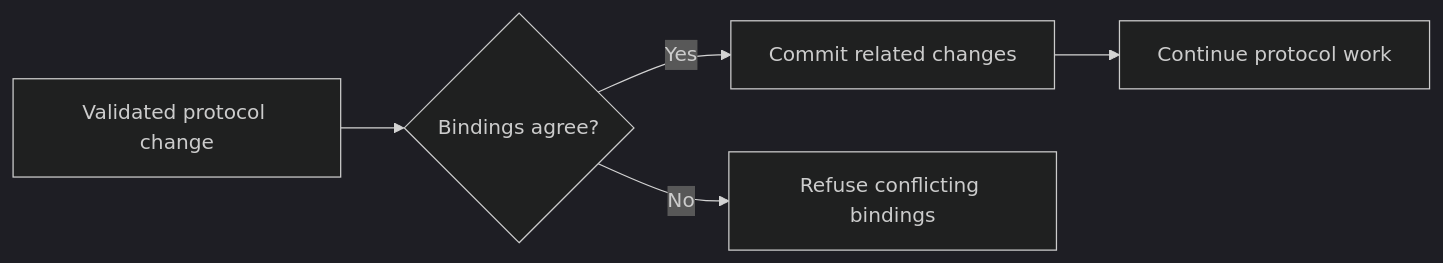
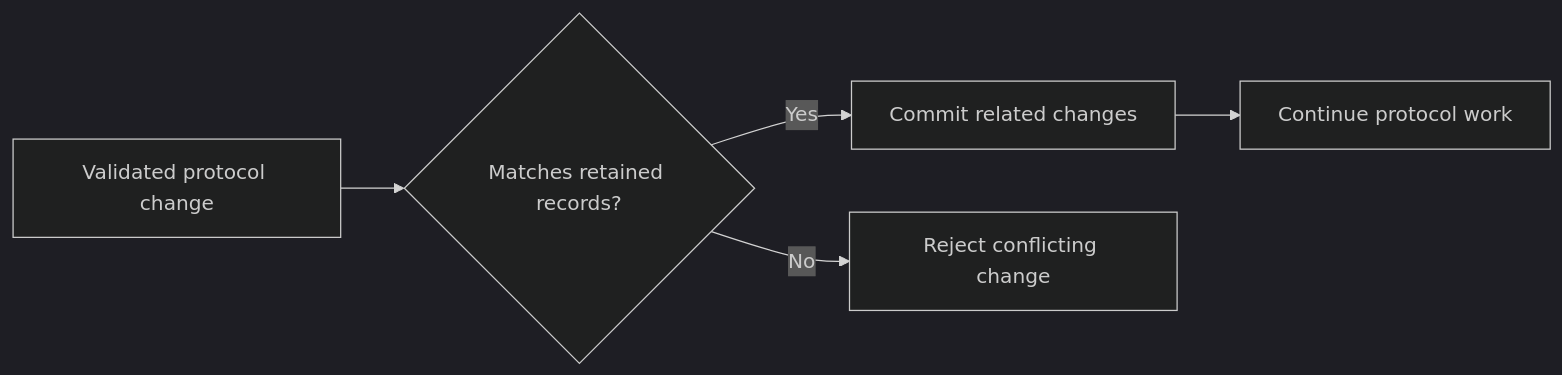
Before and after one commit to social-harness/moltzap: the first of 3 diagrams in packages/social-harness/src/communication/store/README.md, drawn with Mermaid (dark theme). The commit also changed other lines of this file and 5 other files, not shown here.

````diff
--- a/packages/social-harness/src/communication/store/README.md
+++ b/packages/social-harness/src/communication/store/README.md
@@ -17,7 +15,7 @@
 ```mermaid
 flowchart LR
-  A[Validated protocol change] --> B{Bindings agree?}
+  A[Validated protocol change] --> B{Matches retained records?}
   B -->|Yes| C[Commit related changes]
   C --> D[Continue protocol work]
-  B -->|No| E[Refuse conflicting bindings]
+  B -->|No| E[Reject conflicting change]
 ```
````
